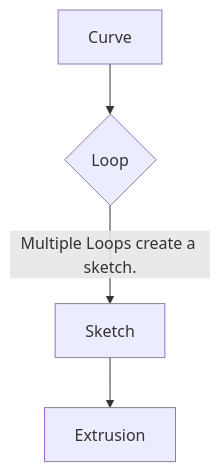
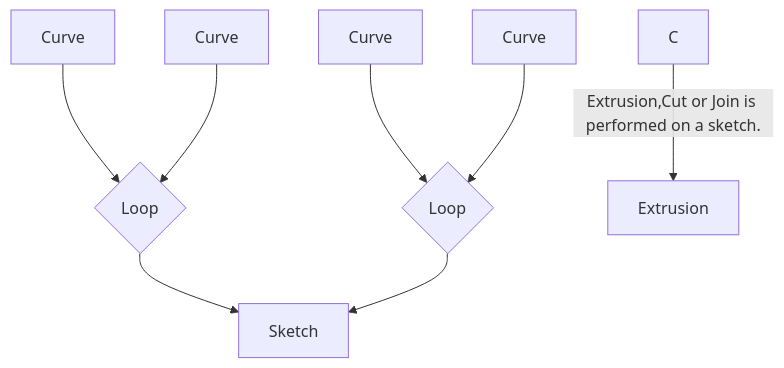
One commit to SadilKhan/CC3DParser changed the diagram in README.md. Above: the diagram before and after it, drawn with Mermaid. The commit also changed other lines of this file, not shown here.

Commit message:
readme update

````diff
--- a/README.md
+++ b/README.md
@@ -50,6 +50,10 @@
 ```mermaid
 graph TD
-    A[Curve] --> B{Loop};
-    B -->|Multiple Loops create a sketch.| C[Sketch];
-    C --> D[Extrusion];
+    C1[Curve] --> L1{Loop};
+    C2[Curve]-->L1;
+    C3[Curve] --> L2{Loop};
+    C4[Curve]-->L2
+    L1 --> S1[Sketch];
+    L2 --> S1[Sketch];
+    C --> |Extrusion,Cut or Join is performed on a sketch.| D[Extrusion];
 ```
````
